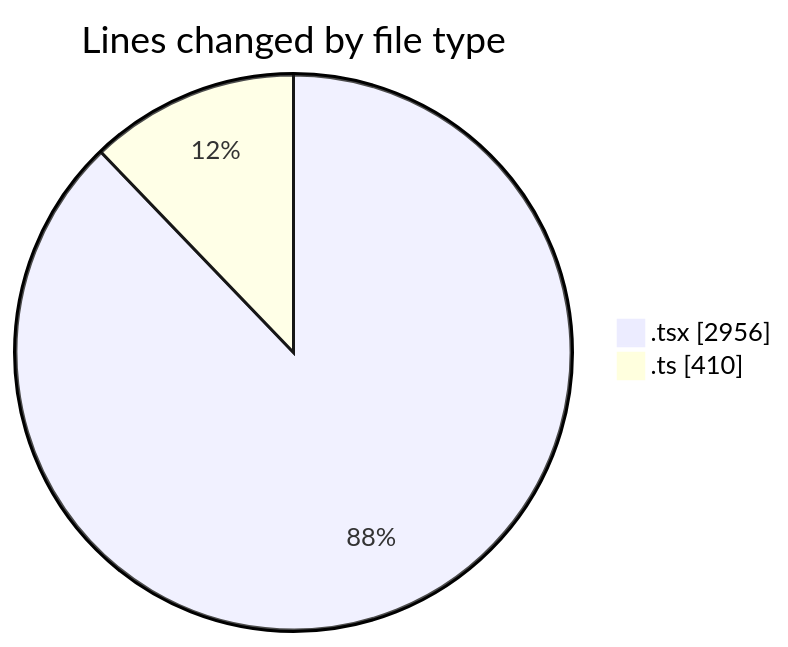
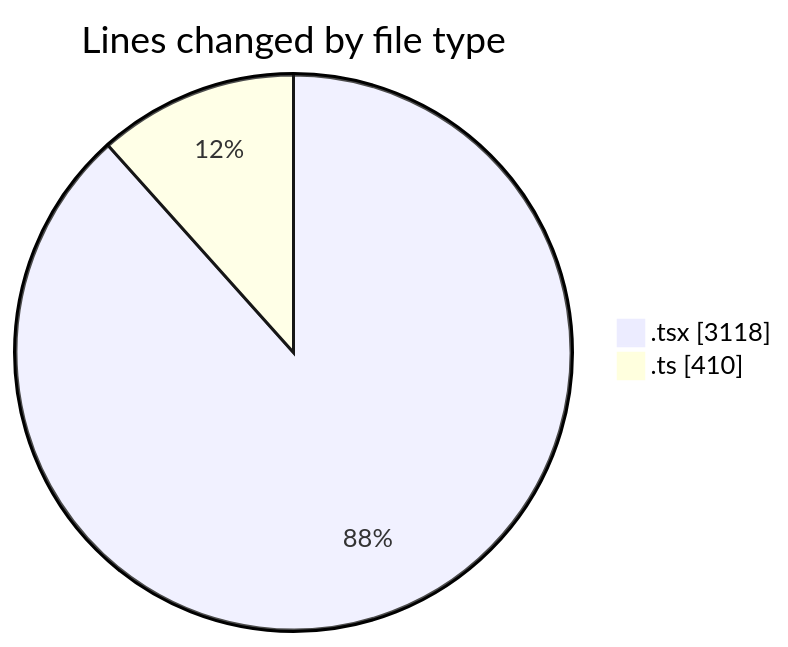
Before and after one commit to robertbonfada/code-tracking: the first of 2 diagrams in 2025-03-07/mbc-web/README.md, drawn with Mermaid. The commit also changed other lines of this file and 1 other file, not shown here.

````diff
--- a/2025-03-07/mbc-web/README.md
+++ b/2025-03-07/mbc-web/README.md
@@ -30,6 +31,6 @@
 ```mermaid
 pie showData
 title Lines changed by file type
-".tsx" : 2956
+".tsx" : 3118
 ".ts" : 410
 ```
````
